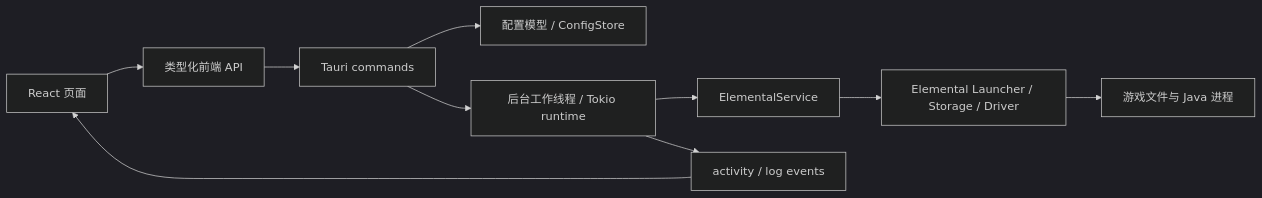
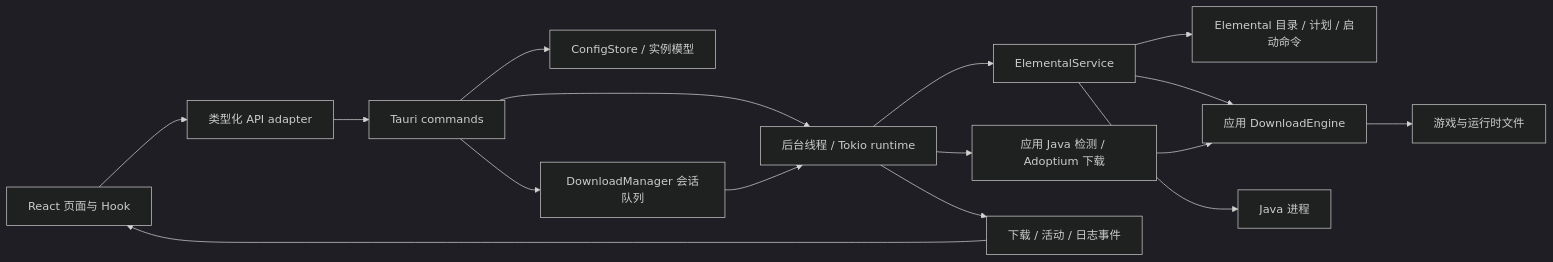
Before and after one commit to 3093FengMing/Paradox-Launcher: the diagram in docs/ARCHITECTURE.md, drawn with Mermaid (dark theme). The commit also changed other lines of this file and 84 other files, not shown here.

````diff
--- a/docs/ARCHITECTURE.md
+++ b/docs/ARCHITECTURE.md
@@ -16,12 +17,18 @@
 ```mermaid
 flowchart LR
-    UI[React 页面] --> API[类型化前端 API]
+    UI[React 页面与 Hook] --> API[类型化 API adapter]
     API --> IPC[Tauri commands]
-    IPC --> CFG[配置模型 / ConfigStore]
-    IPC --> JOB[后台工作线程 / Tokio runtime]
+    IPC --> CFG[ConfigStore / 实例模型]
+    IPC --> Q[DownloadManager 会话队列]
+    IPC --> JOB[后台线程 / Tokio runtime]
+    Q --> JOB
     JOB --> SDK[ElementalService]
-    SDK --> ELE[Elemental Launcher / Storage / Driver]
-    ELE --> MC[游戏文件与 Java 进程]
-    JOB --> EVT[activity / log events]
+    SDK --> ELE[Elemental 目录 / 计划 / 启动命令]
+    SDK --> DL[应用 DownloadEngine]
+    JOB --> JAVA[应用 Java 检测 / Adoptium 下载]
+    DL --> FILE[游戏与运行时文件]
+    JAVA --> DL
+    SDK --> PROC[Java 进程]
+    JOB --> EVT[下载 / 活动 / 日志事件]
     EVT --> UI
 ```
````
